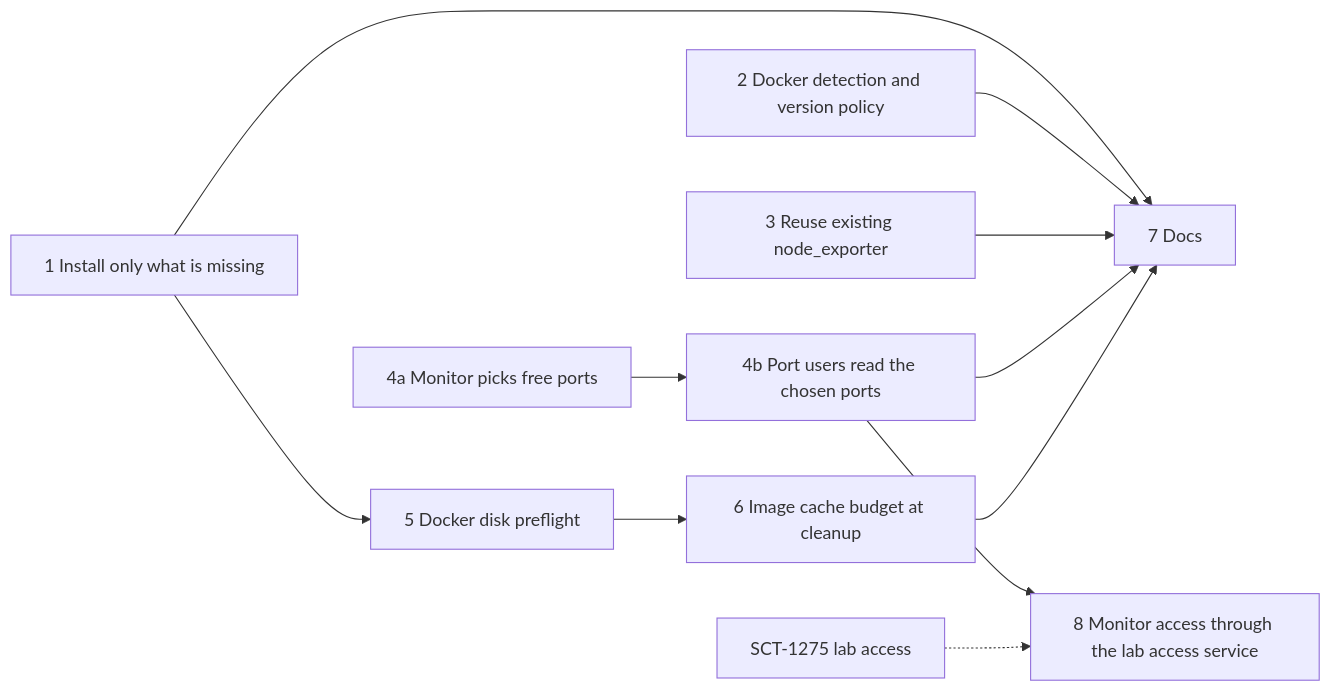
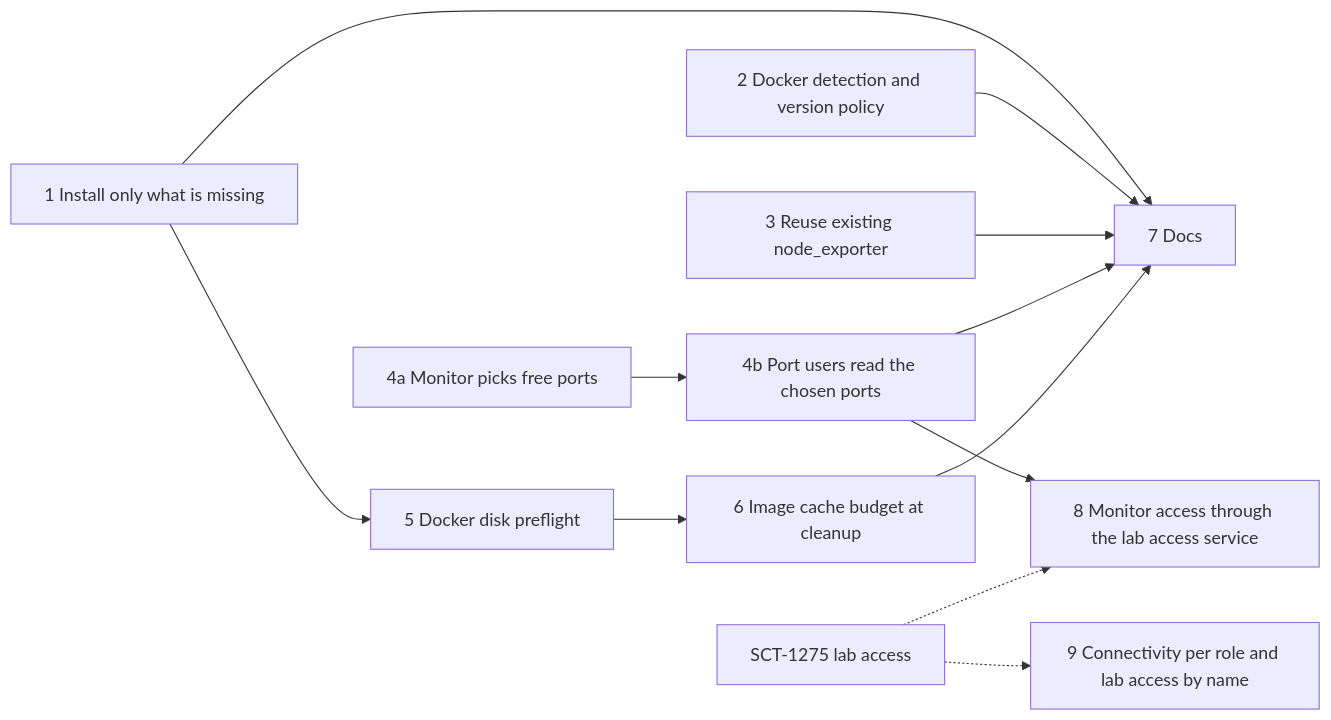
One commit to scylladb/scylla-cluster-tests changed the diagram in docs/plans/infrastructure/baremetal-shared-host-setup.md. Above: the diagram before and after it, drawn with Mermaid. The commit also changed other lines of this file and 1 other file, not shown here.

````diff
--- a/docs/plans/infrastructure/baremetal-shared-host-setup.md
+++ b/docs/plans/infrastructure/baremetal-shared-host-setup.md
@@ -117,11 +125,13 @@
 ```mermaid
 graph LR
     P1["1 Install only what is missing"] --> P5["5 Docker disk preflight"]
     P2["2 Docker detection and version policy"]
     P3["3 Reuse existing node_exporter"]
     P4a["4a Monitor picks free ports"] --> P4b["4b Port users read the chosen ports"]
     P5 --> P6["6 Image cache budget at cleanup"]
     P1 & P2 & P3 & P4b & P6 --> P7["7 Docs"]
     P4b --> P8["8 Monitor access through the lab access service"]
     SCT1275["SCT-1275 lab access"] -.-> P8
+    P9["9 Connectivity per role and lab access by name"]
+    SCT1275 -.-> P9
 ```
````
